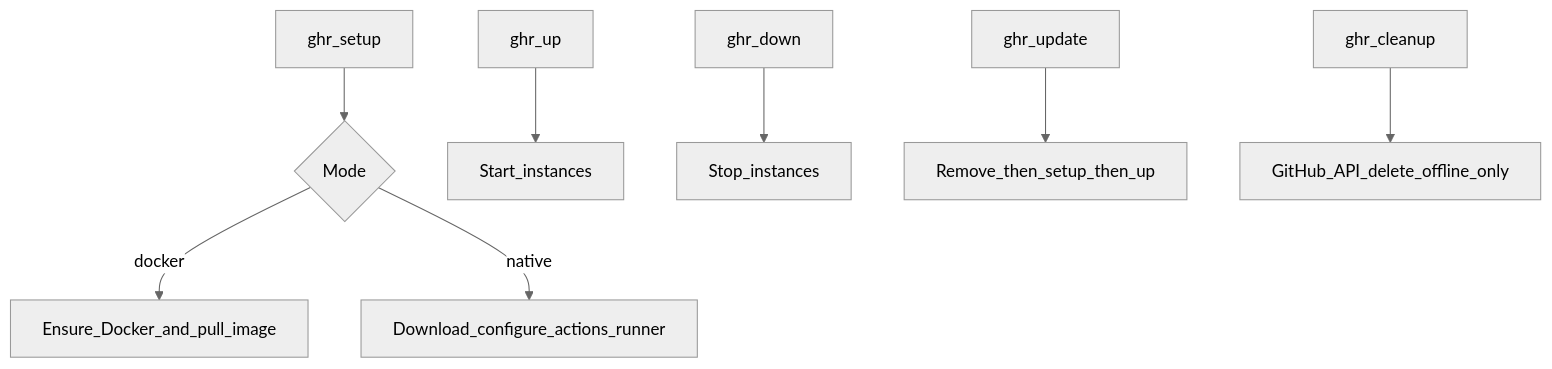
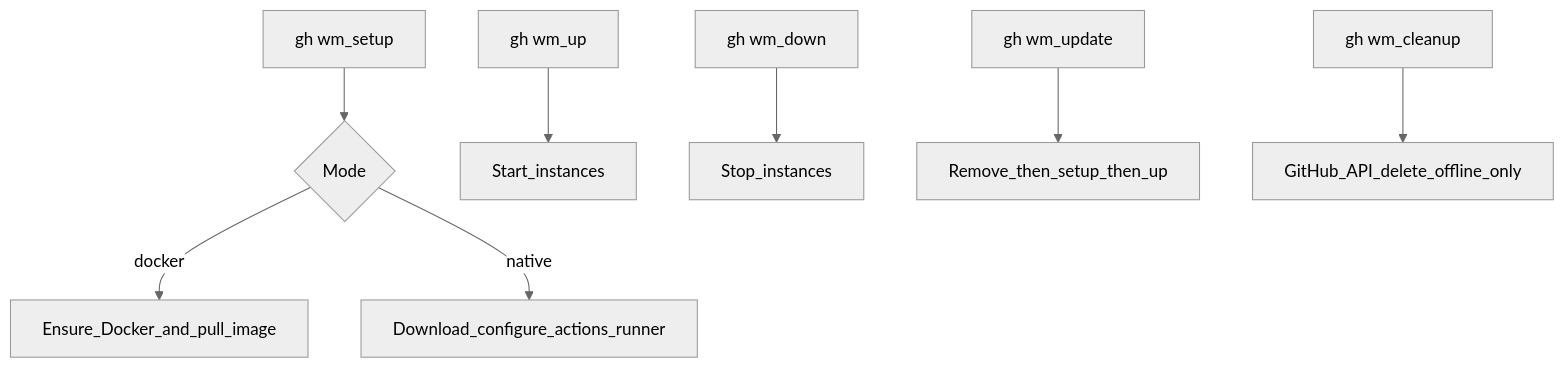
Before and after one commit to baizhiheizi/gh-sr: the fourth of 5 diagrams in docs/content/architecture.md, drawn with Mermaid (neutral theme). The commit also changed other lines of this file and 54 other files, not shown here.

First line of the commit message:
feat: rebrand ghr to gh-wm GitHub CLI extension

````diff
--- a/docs/content/architecture.md
+++ b/docs/content/architecture.md
@@ -97,10 +97,10 @@
 ```mermaid
 flowchart TD
-  setup[ghr_setup] --> mode{Mode}
+  setup[gh wm_setup] --> mode{Mode}
   mode -->|docker| dock[Ensure_Docker_and_pull_image]
   mode -->|native| nat[Download_configure_actions_runner]
-  up[ghr_up] --> start[Start_instances]
-  down[ghr_down] --> stop[Stop_instances]
-  update[ghr_update] --> remove[Remove_then_setup_then_up]
-  cleanup[ghr_cleanup] --> api[GitHub_API_delete_offline_only]
+  up[gh wm_up] --> start[Start_instances]
+  down[gh wm_down] --> stop[Stop_instances]
+  update[gh wm_update] --> remove[Remove_then_setup_then_up]
+  cleanup[gh wm_cleanup] --> api[GitHub_API_delete_offline_only]
 ```
````
